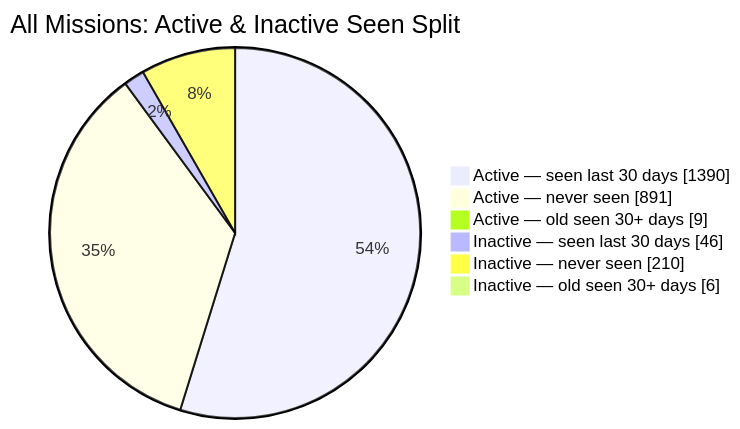
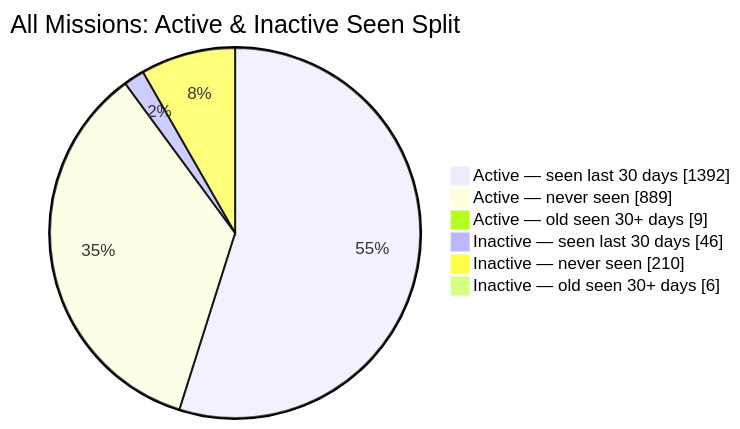
One commit to MeldkamerspelGameTeam/active-missions changed the second of 2 diagrams in README.md. Above: the diagram before and after it, drawn with Mermaid. The commit also changed other lines of this file and 2 other files, not shown here.

````diff
--- a/README.md
+++ b/README.md
@@ -44,10 +44,10 @@
 ```mermaid
 pie showData
     title All Missions: Active & Inactive Seen Split
-    "Active — seen last 30 days" : 1390
-    "Active — never seen" : 891
+    "Active — seen last 30 days" : 1392
+    "Active — never seen" : 889
     "Active — old seen 30+ days" : 9
     "Inactive — seen last 30 days" : 46
     "Inactive — never seen" : 210
     "Inactive — old seen 30+ days" : 6
 ```
````
